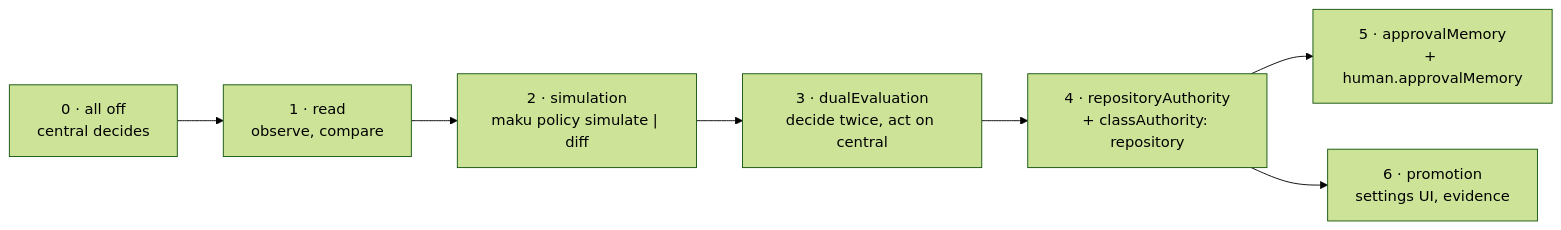
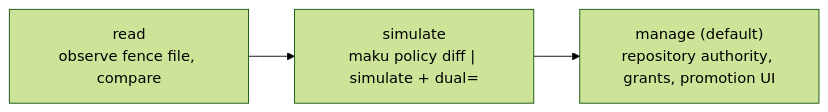
One commit to Smana/maku changed the third of 5 diagrams in docs/merge-policies.md. Above: the diagram before and after it, drawn with Mermaid (forest theme). The commit also changed other lines of this file and 113 other files, not shown here.

````diff
--- a/docs/merge-policies.md
+++ b/docs/merge-policies.md
@@ -270,9 +322,5 @@
 ```mermaid
 flowchart LR
-  s0["0 · all off<br/>central decides"] --> s1["1 · read<br/>observe, compare"]
-  s1 --> s2["2 · simulation<br/>maku policy simulate | diff"]
-  s2 --> s3["3 · dualEvaluation<br/>decide twice, act on central"]
-  s3 --> s4["4 · repositoryAuthority<br/>+ classAuthority: repository"]
-  s4 --> s5["5 · approvalMemory<br/>+ human.approvalMemory"]
-  s4 --> s6["6 · promotion<br/>settings UI, evidence"]
+  s1["read<br/>observe fence file, compare"] --> s2["simulate<br/>maku policy diff | simulate + dual="]
+  s2 --> s3["manage (default)<br/>repository authority, grants, promotion UI"]
 ```
````
